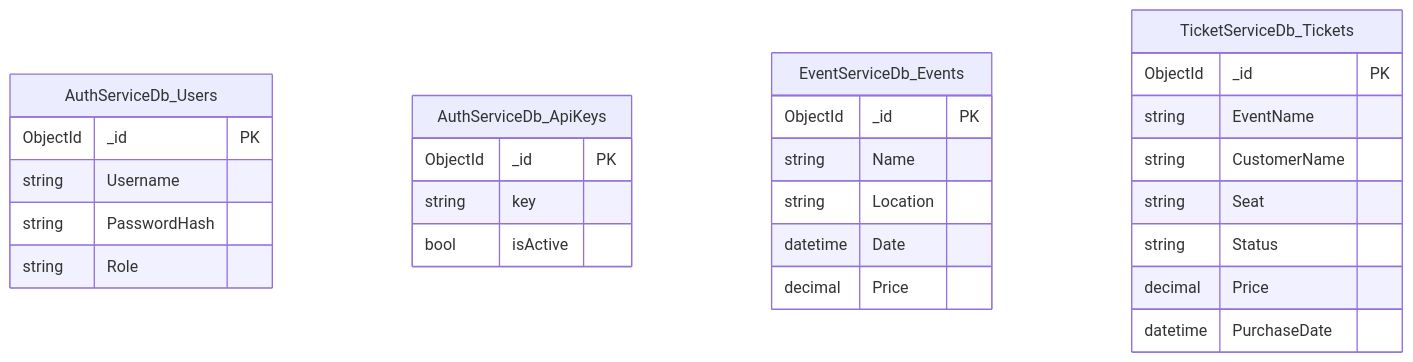
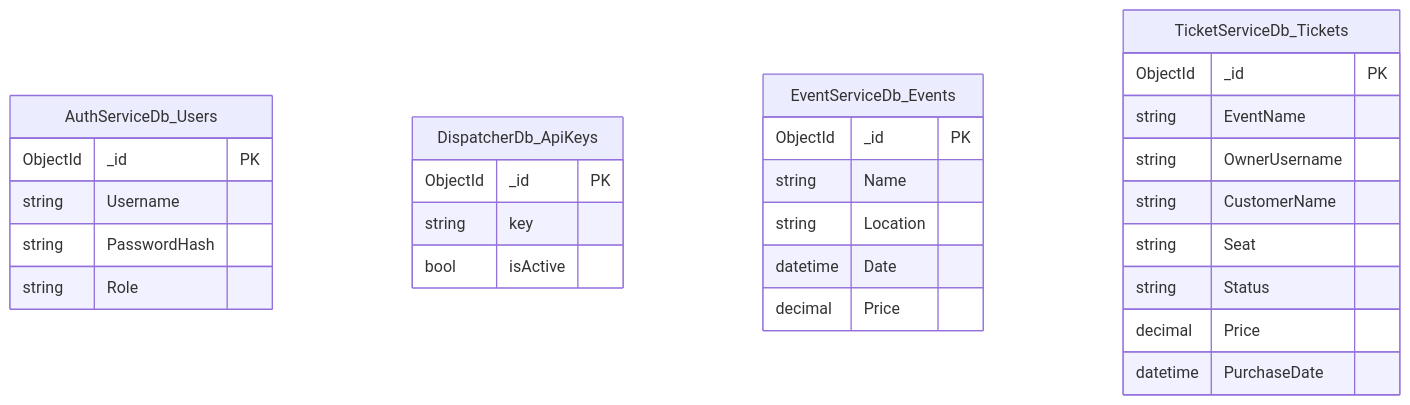
The third of 4 diagrams in README.md (UguralpKivanc/BiletProje), drawn with Mermaid before and after one commit. The commit also changed other lines of this file, not shown here.

````diff
--- a/README.md
+++ b/README.md
@@ -134,33 +134,34 @@
 ```mermaid
 erDiagram
     AuthServiceDb_Users {
         ObjectId _id PK
         string   Username
         string   PasswordHash
         string   Role
     }
 
-    AuthServiceDb_ApiKeys {
+    DispatcherDb_ApiKeys {
         ObjectId _id PK
         string   key
         bool     isActive
     }
 
     EventServiceDb_Events {
         ObjectId _id    PK
         string   Name
         string   Location
         datetime Date
         decimal  Price
     }
 
     TicketServiceDb_Tickets {
         ObjectId _id          PK
         string   EventName
+        string   OwnerUsername
         string   CustomerName
         string   Seat
         string   Status
         decimal  Price
         datetime PurchaseDate
     }
 ```
````
